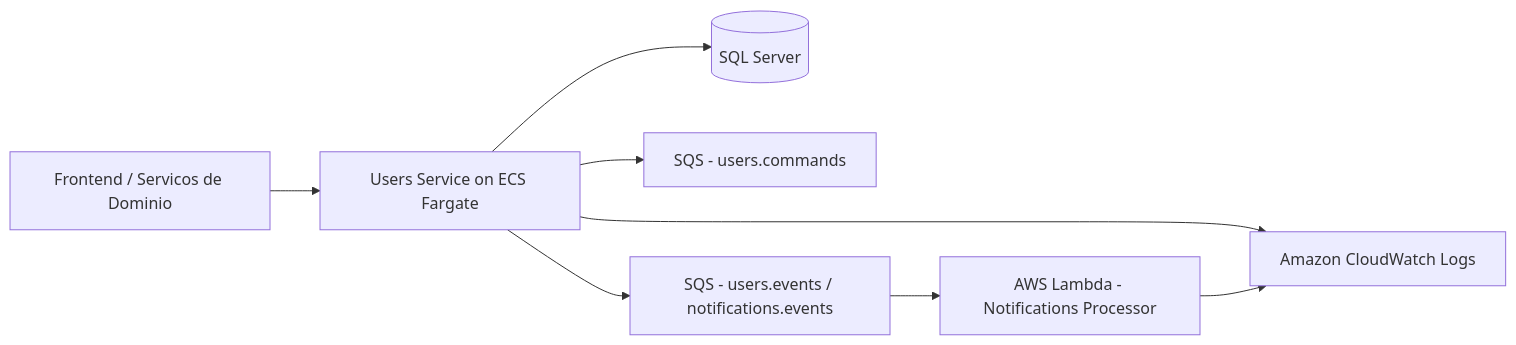
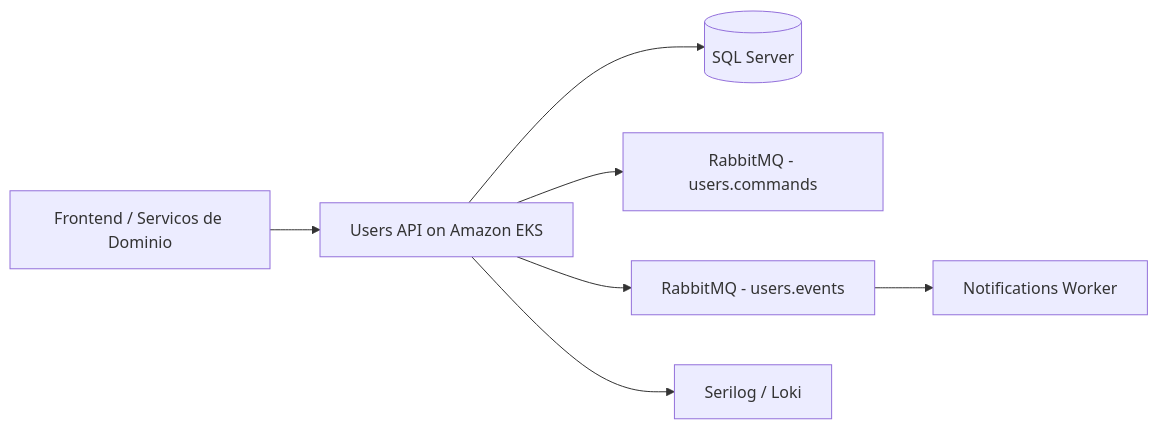
Before and after one commit to louresb/cloud-games-fase-4-users: the first of 5 diagrams in README.md, drawn with Mermaid. The commit also changed other lines of this file and 1 other file, not shown here.

Commit message:
Align users documentation and dependency patch

````diff
--- a/README.md
+++ b/README.md
@@ -39,10 +38,9 @@
 ```mermaid
 flowchart LR
-    Client[Frontend / Servicos de Dominio] --> ECS[Users Service on ECS Fargate]
-    ECS --> SQL[(SQL Server)]
-    ECS --> SQS_CMD[SQS - users.commands]
-    ECS --> SQS_EVT[SQS - users.events / notifications.events]
-    SQS_EVT --> LAMBDA[AWS Lambda - Notifications Processor]
-    ECS --> CW[Amazon CloudWatch Logs]
-    LAMBDA --> CW
+    Client[Frontend / Servicos de Dominio] --> EKS[Users API on Amazon EKS]
+    EKS --> SQL[(SQL Server)]
+    EKS --> MQ_CMD[RabbitMQ - users.commands]
+    EKS --> MQ_EVT[RabbitMQ - users.events]
+    MQ_EVT --> Notifications[Notifications Worker]
+    EKS --> Logs[Serilog / Loki]
 ```
````
